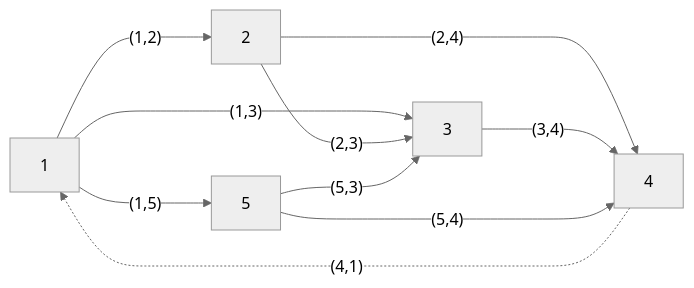
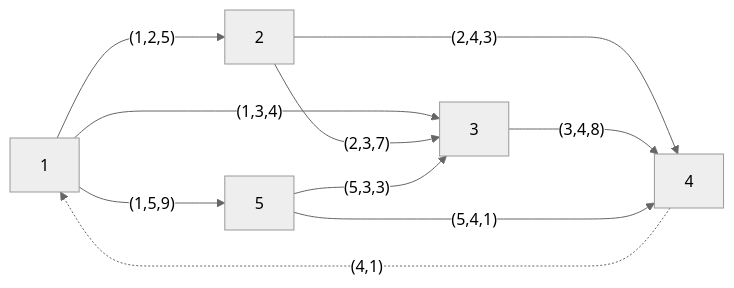
One commit to SmilingWayne/me changed the second of 2 diagrams in docs/OROpt/OR/Chapter7_1.md. Above: the diagram before and after it, drawn with Mermaid (neutral theme). The commit also changed other lines of this file and 4 other files, not shown here.

````diff
--- a/docs/OROpt/OR/Chapter7_1.md
+++ b/docs/OROpt/OR/Chapter7_1.md
@@ -156,12 +161,12 @@
 ```mermaid
 flowchart LR
-    1-- (1,2) --->2
-    1-- (1,3) --->3
-    1-- (1,5) --->5
-    2-- (2,3) --->3
-    2-- (2,4) --->4
-    3-- (3,4) --->4
-    5-- (5,3) --->3
-    5-- (5,4) --->4
+    1-- (1,2,5) --->2
+    1-- (1,3,4) --->3
+    1-- (1,5,9) --->5
+    2-- (2,3,7) --->3
+    2-- (2,4,3) --->4
+    3-- (3,4,8) --->4
+    5-- (5,3,3) --->3
+    5-- (5,4,1) --->4
     4-. (4,1) -.->1
 ```
````
